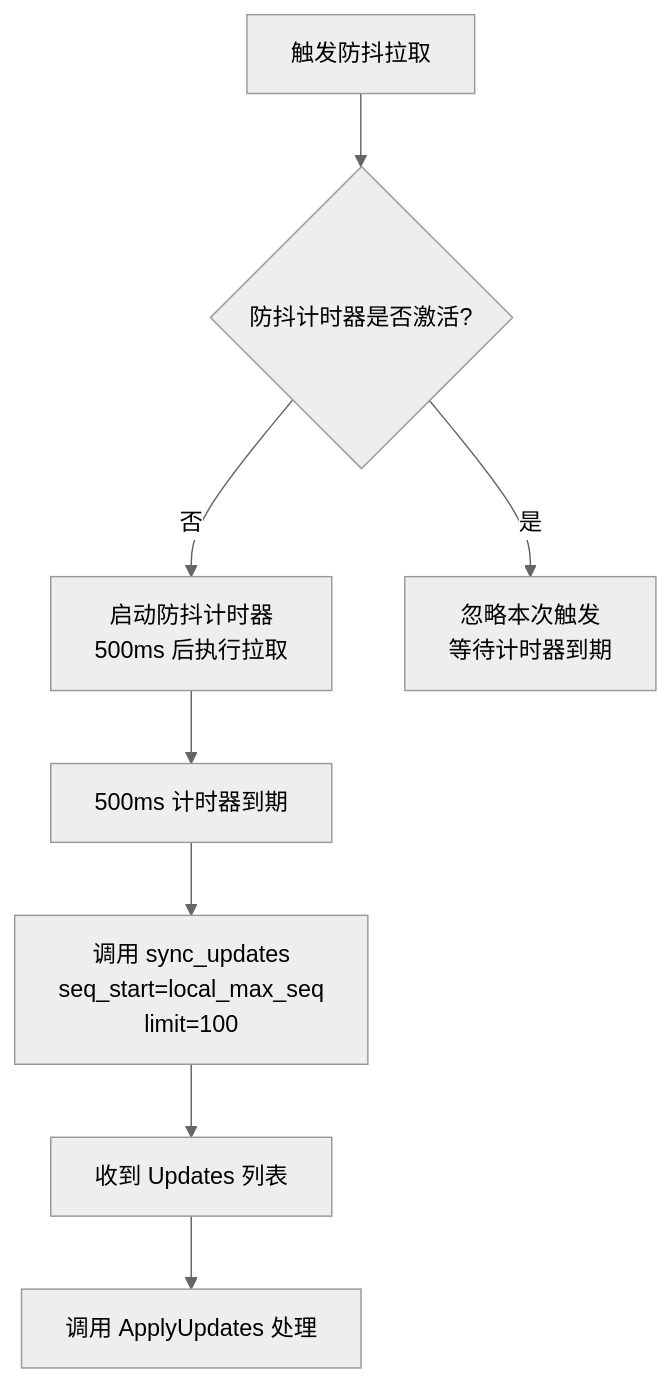
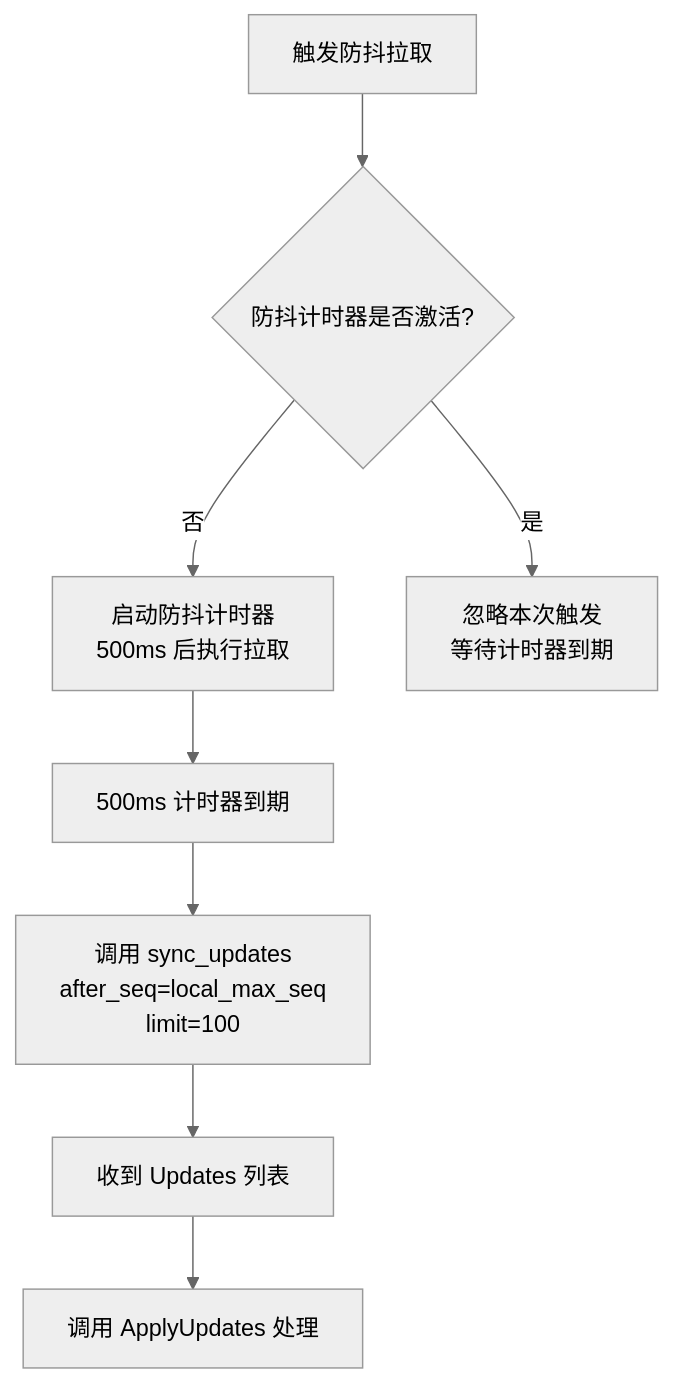
One commit to PineappleBond/xyncra-server changed the third of 6 diagrams in docs/plans/2026-07-08-xyncra-client-design.md. Above: the diagram before and after it, drawn with Mermaid (neutral theme). The commit also changed other lines of this file, not shown here.

````diff
--- a/docs/plans/2026-07-08-xyncra-client-design.md
+++ b/docs/plans/2026-07-08-xyncra-client-design.md
@@ -246,11 +247,11 @@
 ```mermaid
 flowchart TD
     A[触发防抖拉取] --> B{防抖计时器是否激活?}
     B -->|否| C[启动防抖计时器<br/>500ms 后执行拉取]
     B -->|是| D[忽略本次触发<br/>等待计时器到期]
     
     C --> E[500ms 计时器到期]
-    E --> F[调用 sync_updates<br/>seq_start=local_max_seq<br/>limit=100]
+    E --> F[调用 sync_updates<br/>after_seq=local_max_seq<br/>limit=100]
     F --> G[收到 Updates 列表]
     G --> H[调用 ApplyUpdates 处理]
 ```
````
